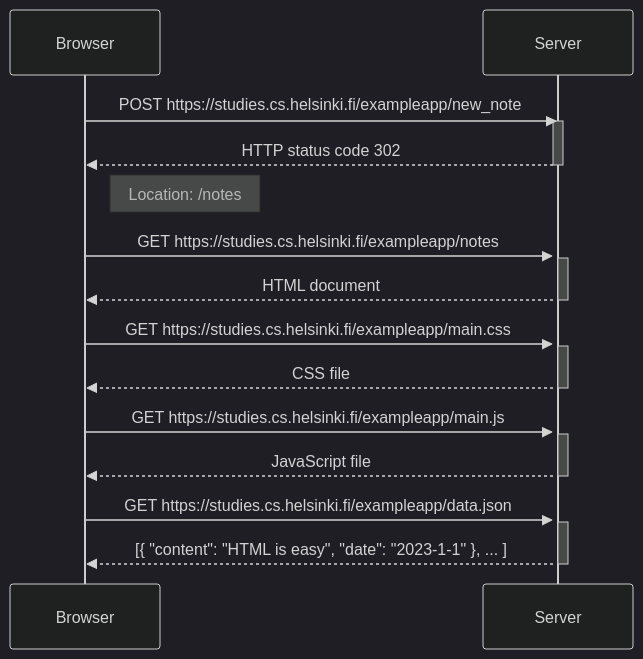
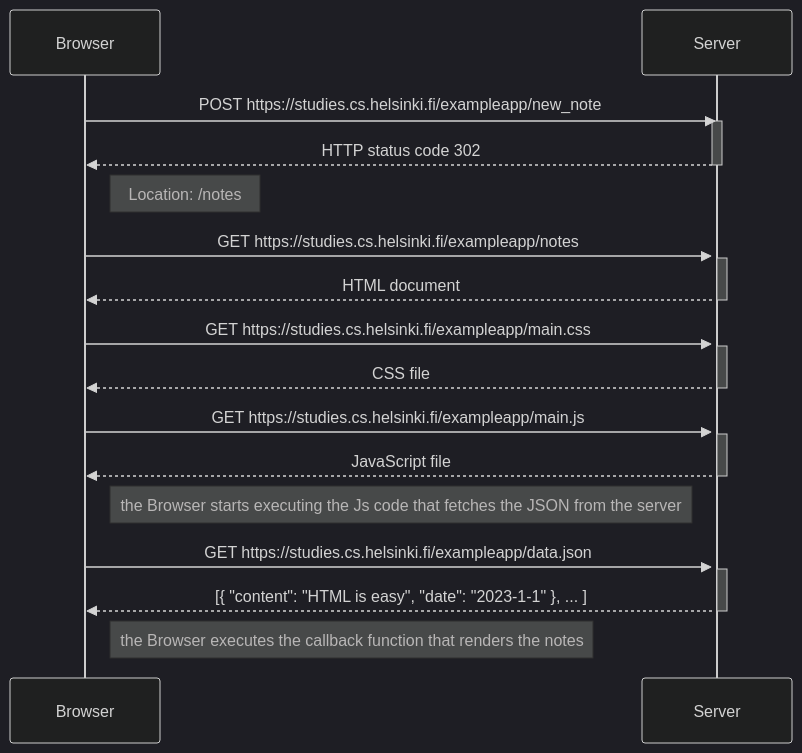
Before and after one commit to karloag/FullStackOpen_part0: the diagram in 0.4 New Note diagram.md, drawn with Mermaid (dark theme). The commit also changed 2 other files, not shown here.

Commit message:
spa almost done

````diff
--- a/0.4 New Note diagram.md
+++ b/0.4 New Note diagram.md
@@ -1,34 +1,37 @@
 ``` mermaid
 
    sequenceDiagram
     participant Browser
     participant Server
 
     Browser->>Server: POST https://studies.cs.helsinki.fi/exampleapp/new_note
     activate Server
     Server-->>Browser: HTTP status code 302 
     deactivate Server
     
     note right of Browser: Location: /notes
     activate Server
     
     Browser->>Server: GET https://studies.cs.helsinki.fi/exampleapp/notes
     activate Server
     Server-->>Browser: HTML document
     deactivate Server
     
     Browser->>Server: GET https://studies.cs.helsinki.fi/exampleapp/main.css
     activate Server
     Server-->>Browser: CSS file
     deactivate Server
 
     Browser->>Server: GET https://studies.cs.helsinki.fi/exampleapp/main.js
     activate Server
     Server-->>Browser: JavaScript file
     deactivate Server
-    
+
+    note right of Browser: the Browser starts executing the Js code that fetches the JSON from the server 
+
     Browser->>Server: GET https://studies.cs.helsinki.fi/exampleapp/data.json
     activate Server
     Server-->>Browser: [{ "content": "HTML is easy", "date": "2023-1-1" }, ... ]
     deactivate Server
+    note right of Browser: the Browser executes the callback function that renders the notes
    ```
````
